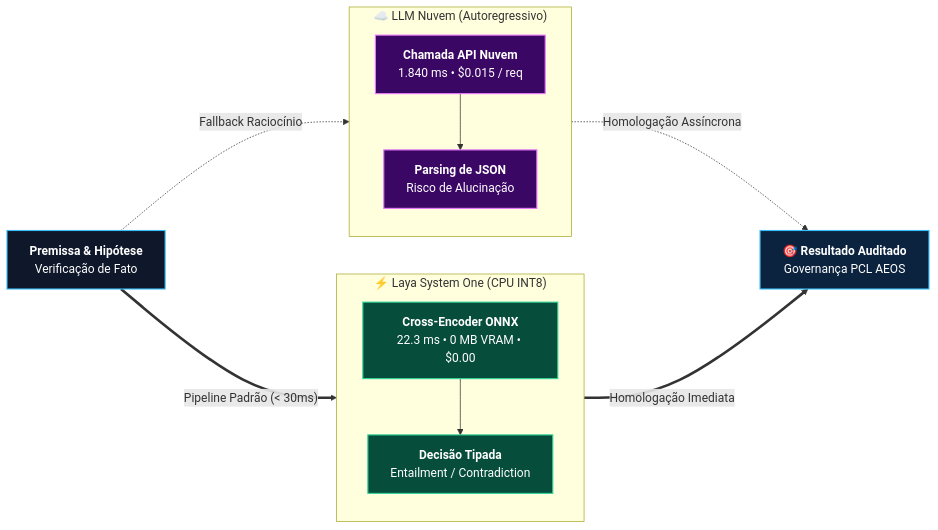
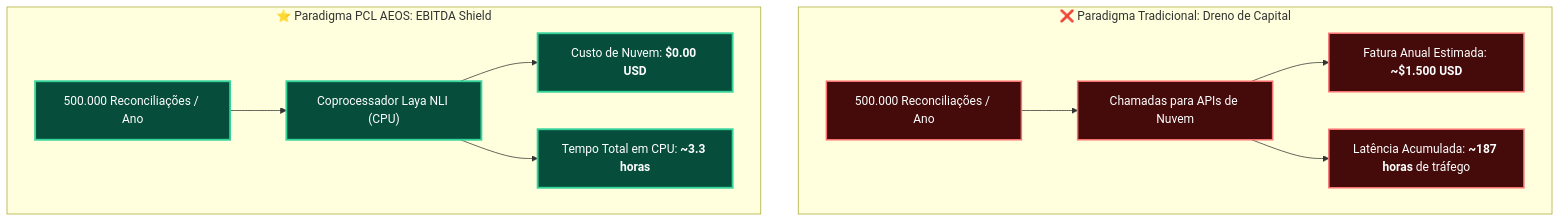
Before and after one commit to EnterDufter/PromptCoreLabs_AEOS: the diagram in projects/pcl-aeos-harmonization/audits/BENCHMARK-NEURAL-NLI-2026-10-16.md, drawn with Mermaid. The commit also changed other lines of this file and 206 other files, not shown here.

````diff
--- a/projects/pcl-aeos-harmonization/audits/BENCHMARK-NEURAL-NLI-2026-10-16.md
+++ b/projects/pcl-aeos-harmonization/audits/BENCHMARK-NEURAL-NLI-2026-10-16.md
@@ -66,31 +90,21 @@
 ```mermaid
-flowchart LR
-    classDef input fill:#0f172a,stroke:#38bdf8,stroke-width:1.5px,color:#ffffff;
-    classDef laya fill:#064e3b,stroke:#34d399,stroke-width:1.5px,color:#ffffff;
-    classDef llm fill:#3b0764,stroke:#e879f9,stroke-width:1.5px,color:#ffffff;
-    classDef result fill:#0c2340,stroke:#38bdf8,stroke-width:1.5px,color:#ffffff;
-
-    Entrada["<b>Premissa & Hipótese</b><br/>Verificação de Fato"]:::input
-
-    subgraph RotaLaya ["⚡ Laya System One (CPU INT8)"]
-        direction TB
-        ONNX["<b>Cross-Encoder ONNX</b><br/>22.3 ms • 0 MB VRAM • $0.00"]:::laya
-        DecLaya["<b>Decisão Tipada</b><br/>Entailment / Contradiction"]:::laya
-        ONNX --> DecLaya
+%%{init: {'theme': 'dark', 'themeVariables': { 'fontSize': '14px', 'fontFamily': 'Inter, sans-serif' }}%%
+flowchart TD
+    subgraph NuvemTradicional["❌ Paradigma Tradicional: Dreno de Capital"]
+        Req1["500.000 Reconciliações / Ano"] --> Cloud["Chamadas para APIs de Nuvem"]
+        Cloud --> Fatura["Fatura Anual Estimada: <b>~$1.500 USD</b>"]
+        Cloud --> Fila["Latência Acumulada: <b>~187 horas</b> de tráfego"]
     end
 
-    subgraph RotaLLM ["☁️ LLM Nuvem (Autoregressivo)"]
-        direction TB
-        API["<b>Chamada API Nuvem</b><br/>1.840 ms • $0.015 / req"]:::llm
-        DecLLM["<b>Parsing de JSON</b><br/>Risco de Alucinação"]:::llm
-        API --> DecLLM
+    subgraph PCL_Soberano["⭐ Paradigma PCL AEOS: EBITDA Shield"]
+        Req2["500.000 Reconciliações / Ano"] --> Laya["Coprocessador Laya NLI (CPU)"]
+        Laya --> CustoZero["Custo de Nuvem: <b>$0.00 USD</b>"]
+        Laya --> TempoZero["Tempo Total em CPU: <b>~3.3 horas</b>"]
     end
 
-    Saida["🎯 <b>Resultado Auditado</b><br/>Governança PCL AEOS"]:::result
+    classDef nuvem fill:#450a0a,stroke:#f87171,stroke-width:2px,color:#fff;
+    classDef laya fill:#064e3b,stroke:#34d399,stroke-width:2.5px,color:#fff;
 
-    Entrada ==>|"Pipeline Padrão (< 30ms)"| ONNX
-    Entrada -.->|"Fallback Raciocínio"| API
-
-    DecLaya ==>|"Homologação Imediata"| Saida
-    DecLLM -.->|"Homologação Assíncrona"| Saida
+    class Req1,Cloud,Fatura,Fila nuvem;
+    class Req2,Laya,CustoZero,TempoZero laya;
 ```
````
